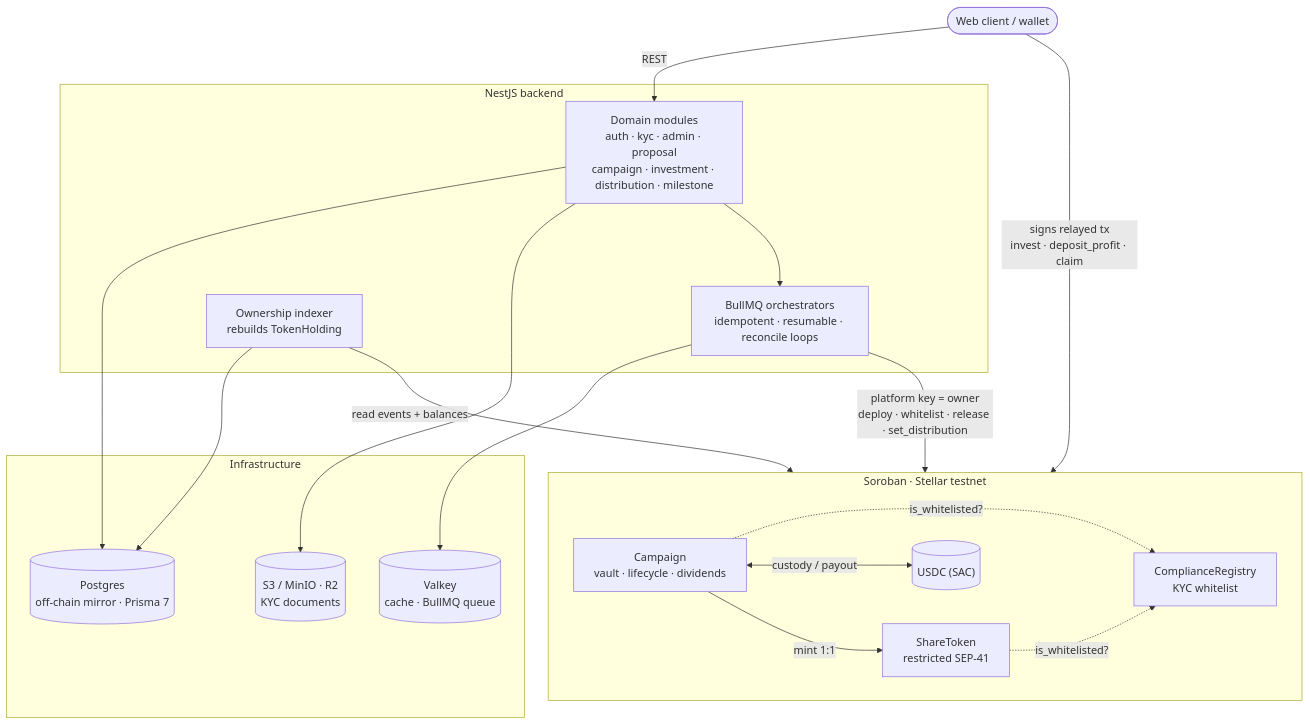
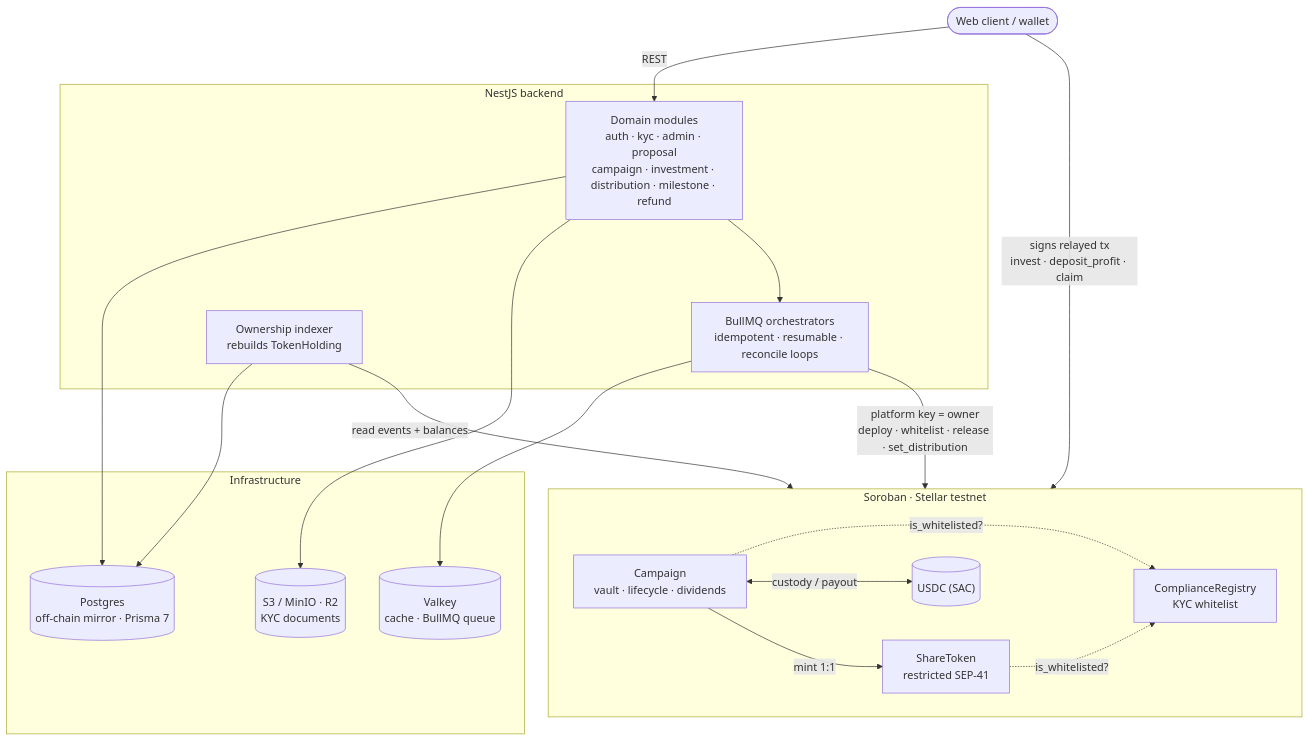
The diagram in README.md (Creon-Labs/creon-backend), drawn with Mermaid before and after one commit. The commit also changed other lines of this file, not shown here.

First line of the commit message:
docs: add the refund/cancellation module to the root README

````diff
--- a/README.md
+++ b/README.md
@@ -56,37 +61,37 @@
 ```mermaid
 flowchart TB
     CLIENT(["Web client / wallet"])
 
     subgraph BE["NestJS backend"]
-        API["Domain modules<br/>auth · kyc · admin · proposal<br/>campaign · investment · distribution · milestone"]
+        API["Domain modules<br/>auth · kyc · admin · proposal<br/>campaign · investment · distribution · milestone · refund"]
         ORCH["BullMQ orchestrators<br/>idempotent · resumable · reconcile loops"]
         IDX["Ownership indexer<br/>rebuilds TokenHolding"]
     end
 
     subgraph INFRA["Infrastructure"]
         PG[("Postgres<br/>off-chain mirror · Prisma 7")]
         VK[("Valkey<br/>cache · BullMQ queue")]
         S3[("S3 / MinIO · R2<br/>KYC documents")]
     end
 
     subgraph CHAIN["Soroban · Stellar testnet"]
         REG["ComplianceRegistry<br/>KYC whitelist"]
         CAMP["Campaign<br/>vault · lifecycle · dividends"]
         SHARE["ShareToken<br/>restricted SEP-41"]
         USDC[("USDC (SAC)")]
     end
 
     CLIENT -->|"REST"| API
     API --> PG
     API --> S3
     API --> ORCH
     ORCH --> VK
     ORCH -->|"platform key = owner<br/>deploy · whitelist · release · set_distribution"| CHAIN
     CLIENT -->|"signs relayed tx<br/>invest · deposit_profit · claim"| CHAIN
     IDX -->|"read events + balances"| CHAIN
     IDX --> PG
     CAMP -->|"mint 1:1"| SHARE
     CAMP -.->|"is_whitelisted?"| REG
     SHARE -.->|"is_whitelisted?"| REG
     CAMP <-->|"custody / payout"| USDC
 ```
````
